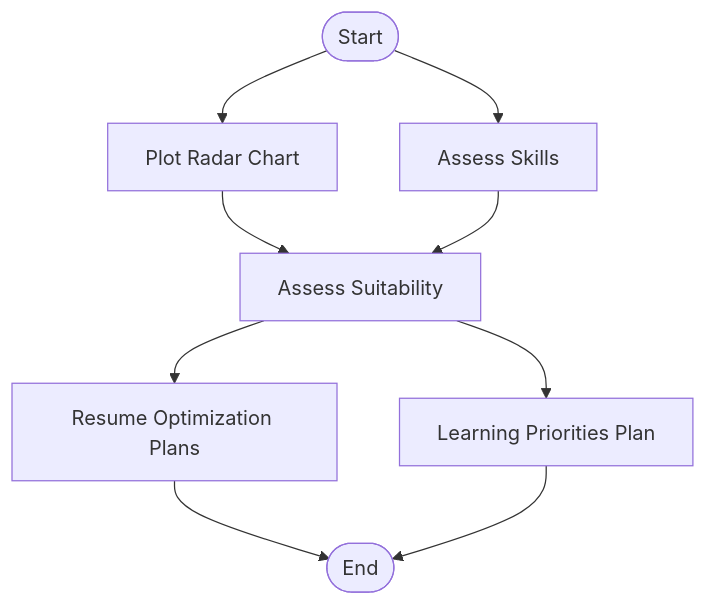
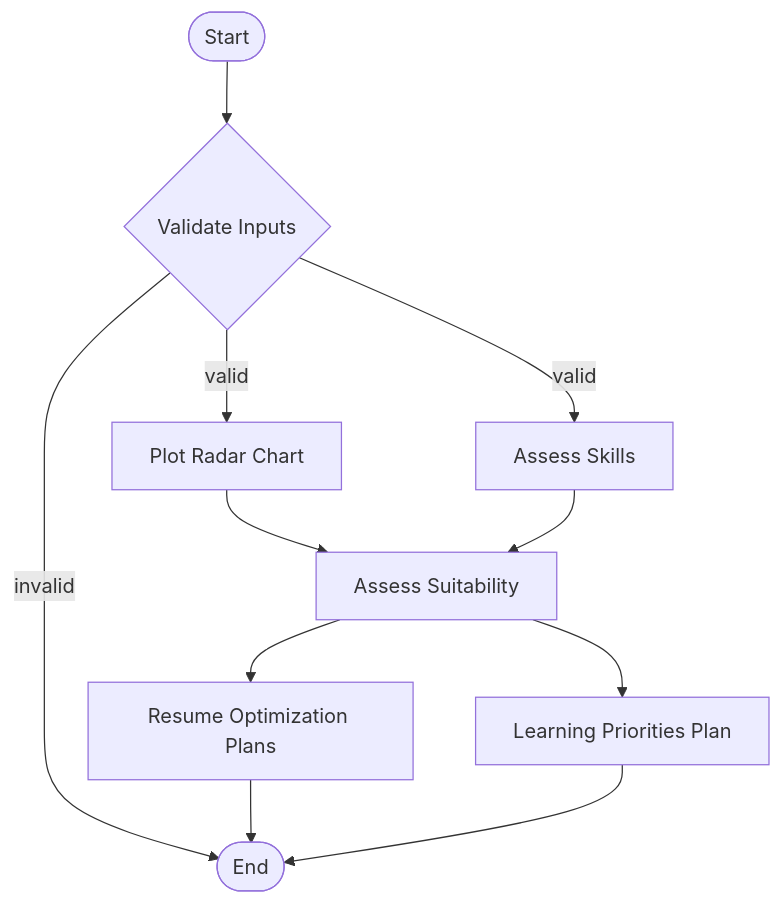
One commit to wahidrahim/role-report-ai changed the first of 2 diagrams in docs/README.md. Above: the diagram before and after it, drawn with Mermaid. The commit also changed other lines of this file and 4 other files, not shown here.

````diff
--- a/docs/README.md
+++ b/docs/README.md
@@ -28,11 +28,13 @@
 ```mermaid
 graph TD
-    Start([Start]) --> plotRadarChart[Plot Radar Chart]
-    Start --> assessSkills[Assess Skills]
+    Start([Start]) --> validateInputs{Validate Inputs}
+    validateInputs -->|valid| plotRadarChart[Plot Radar Chart]
+    validateInputs -->|valid| assessSkills[Assess Skills]
+    validateInputs -->|invalid| End([End])
     plotRadarChart --> assessSuitability[Assess Suitability]
     assessSkills --> assessSuitability
     assessSuitability --> resumeOptimizationPlans[Resume Optimization Plans]
     assessSuitability --> learningPrioritiesPlan[Learning Priorities Plan]
-    resumeOptimizationPlans --> End([End])
+    resumeOptimizationPlans --> End
     learningPrioritiesPlan --> End
 ```
````
